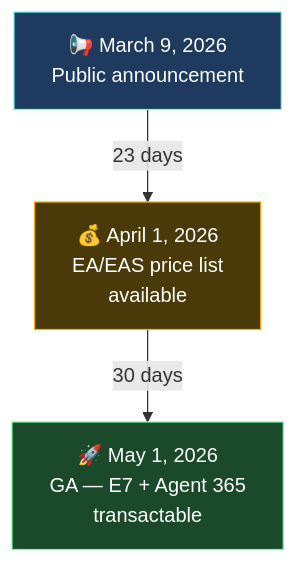
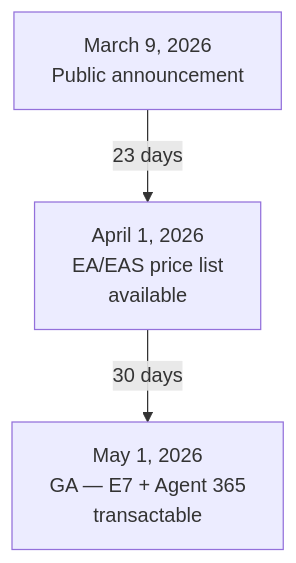
One commit to susanthgit/aguidetocloud-revamp changed the third of 4 diagrams in content/blog/microsoft-365-e7-frontier-suite-everything-you-need-to-know.md. Above: the diagram before and after it, drawn with Mermaid. The commit also changed other lines of this file and 553 other files, not shown here.

First line of the commit message:
🌸 Z17: Zen Mermaid diagrams — Stripe Docs style

````diff
--- a/content/blog/microsoft-365-e7-frontier-suite-everything-you-need-to-know.md
+++ b/content/blog/microsoft-365-e7-frontier-suite-everything-you-need-to-know.md
@@ -232,8 +224,5 @@
 ```mermaid
 flowchart TD
-    A["📢 March 9, 2026<br/>Public announcement"] -->|"23 days"| B["💰 April 1, 2026<br/>EA/EAS price list<br/>available"]
-    B -->|"30 days"| C["🚀 May 1, 2026<br/>GA — E7 + Agent 365<br/>transactable"]
-    style A fill:#1e3a5f,stroke:#66ffff,color:#ffffff
-    style B fill:#4a3a0a,stroke:#ffaa00,color:#ffffff
-    style C fill:#1a4a2a,stroke:#66ff99,color:#ffffff
+    A["March 9, 2026<br/>Public announcement"] -->|"23 days"| B["April 1, 2026<br/>EA/EAS price list<br/>available"]
+    B -->|"30 days"| C["May 1, 2026<br/>GA — E7 + Agent 365<br/>transactable"]
 ```
````
